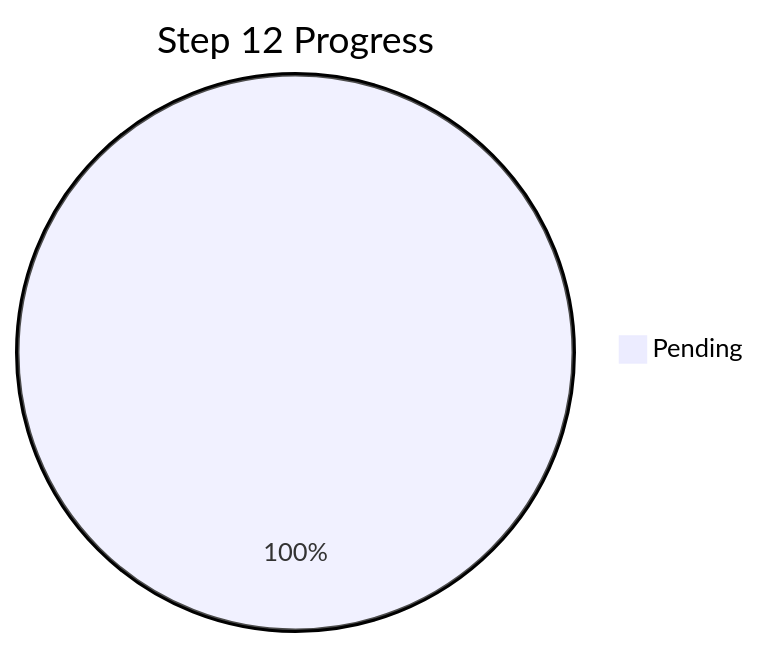
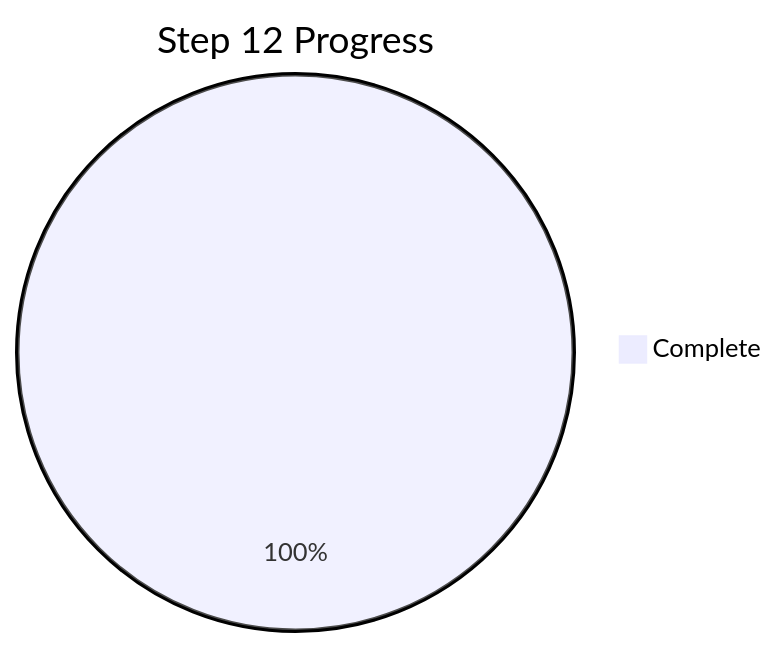
Diagram 13 of 14 in docs/Completion_Report_2026-09-06.md (J3DI-19/TraceVeil), drawn with Mermaid before and after one commit. The commit also changed other lines of this file and 4 other files, not shown here.

````diff
--- a/docs/Completion_Report_2026-09-06.md
+++ b/docs/Completion_Report_2026-09-06.md
@@ -271,4 +274,4 @@
 ```mermaid
 pie title Step 12 Progress
-    "Pending" : 11
+    "Complete" : 11
 ```
````
